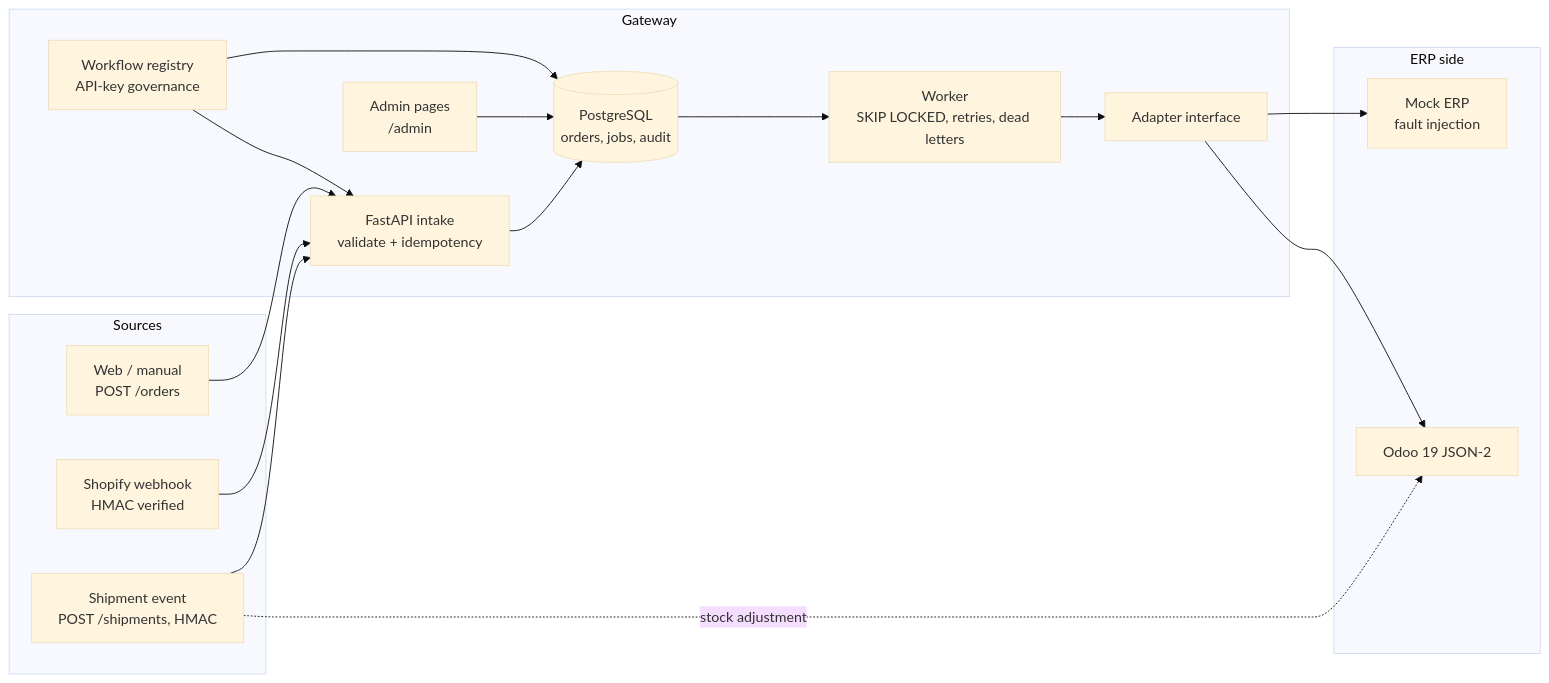
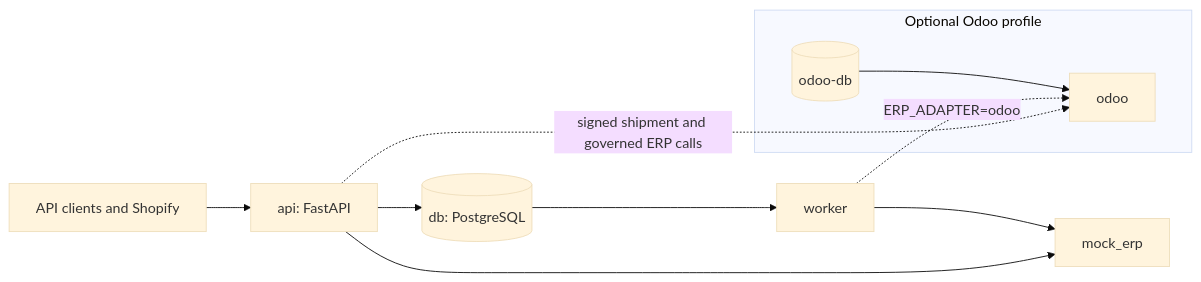
The diagram in README.md (mediads786/order-gateway), drawn with Mermaid (base theme) before and after one commit. The commit also changed other lines of this file and 2 other files, not shown here.

Commit message:
Module 14: README, architecture and case study

````diff
--- a/README.md
+++ b/README.md
@@ -29,32 +11,13 @@
 ```mermaid
 flowchart LR
-  subgraph Sources
-    W[Web / manual<br/>POST /orders]
-    S[Shopify webhook<br/>HMAC verified]
-    SH[Shipment event<br/>POST /shipments, HMAC]
+  Clients[API clients and Shopify] --> API[api: FastAPI]
+  API --> DB[(db: PostgreSQL)]
+  DB --> Worker[worker]
+  Worker --> Mock[mock_erp]
+  API --> Mock
+  subgraph Optional Odoo profile
+    OdooDB[(odoo-db)] --> Odoo[odoo]
   end
-  subgraph Gateway
-    API[FastAPI intake<br/>validate + idempotency]
-    GOV[Workflow registry<br/>API-key governance]
-    PG[(PostgreSQL<br/>orders, jobs, audit)]
-    WK[Worker<br/>SKIP LOCKED, retries, dead letters]
-    AD[Adapter interface]
-    UI[Admin pages<br/>/admin]
-  end
-  subgraph ERP side
-    M[Mock ERP<br/>fault injection]
-    O[Odoo 19 JSON-2]
-  end
-  W --> API
-  S --> API
-  SH --> API
-  GOV --> PG
-  GOV --> API
-  API --> PG
-  PG --> WK
-  WK --> AD
-  AD --> M
-  AD --> O
-  SH -. stock adjustment .-> O
-  UI --> PG
+  Worker -. ERP_ADAPTER=odoo .-> Odoo
+  API -. signed shipment and governed ERP calls .-> Odoo
 ```
````
